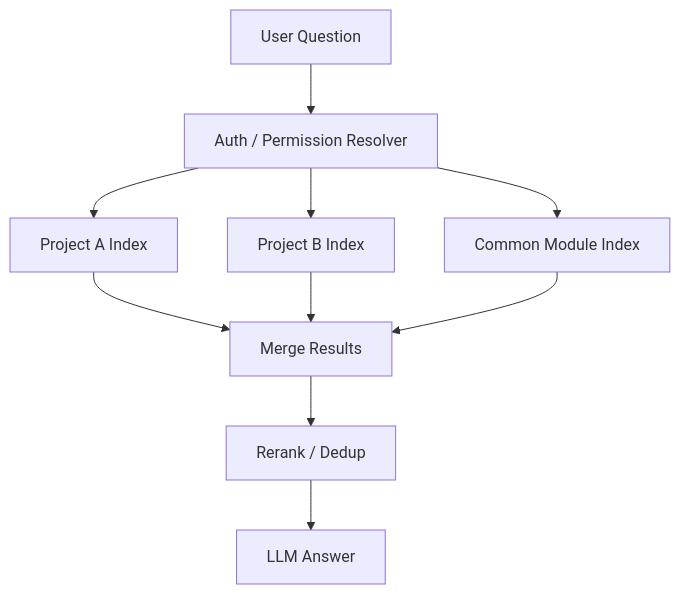
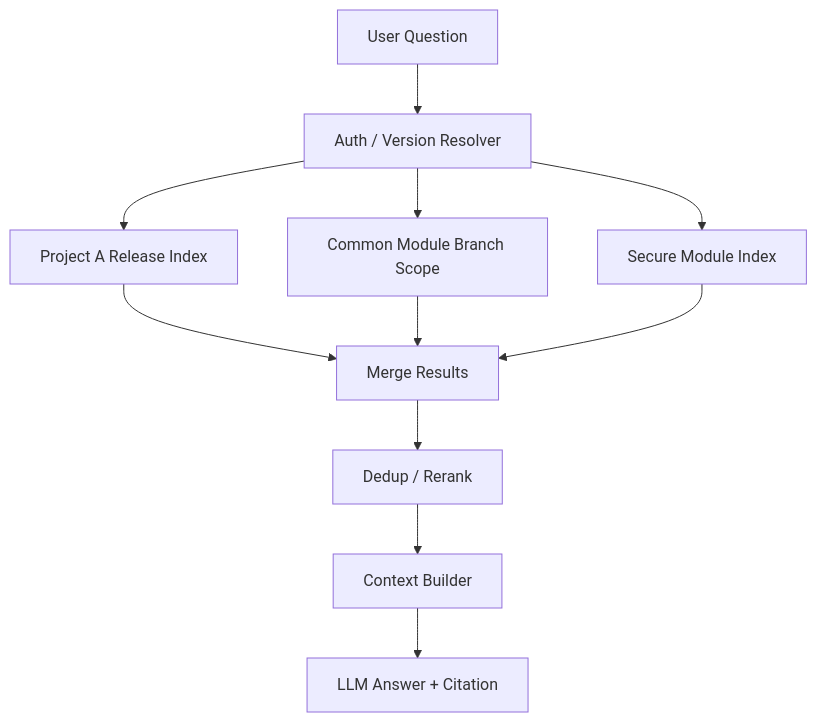
Before and after one commit to younlea/2026_architect_9B_team: the first of 3 diagrams in doc/03_DP2_Permission_Aware_Dataset_Strategy.md, drawn with Mermaid. The commit also changed other lines of this file and 14 other files, not shown here.

````diff
--- a/doc/03_DP2_Permission_Aware_Dataset_Strategy.md
+++ b/doc/03_DP2_Permission_Aware_Dataset_Strategy.md
@@ -63,14 +127,15 @@
 ```mermaid
 flowchart TD
-    Q[User Question] --> A[Auth / Permission Resolver]
-    A --> P1[Project A Index]
-    A --> P2[Project B Index]
-    A --> P3[Common Module Index]
+    Q[User Question] --> R[Auth / Version Resolver]
+    R --> S1[Project A Release Index]
+    R --> S2[Common Module Branch Scope]
+    R --> S3[Secure Module Index]
 
-    P1 --> M[Merge Results]
-    P2 --> M
-    P3 --> M
+    S1 --> M[Merge Results]
+    S2 --> M
+    S3 --> M
 
-    M --> R[Rerank / Dedup]
-    R --> L[LLM Answer]
+    M --> D[Dedup / Rerank]
+    D --> C[Context Builder]
+    C --> L[LLM Answer + Citation]
 ```
````
